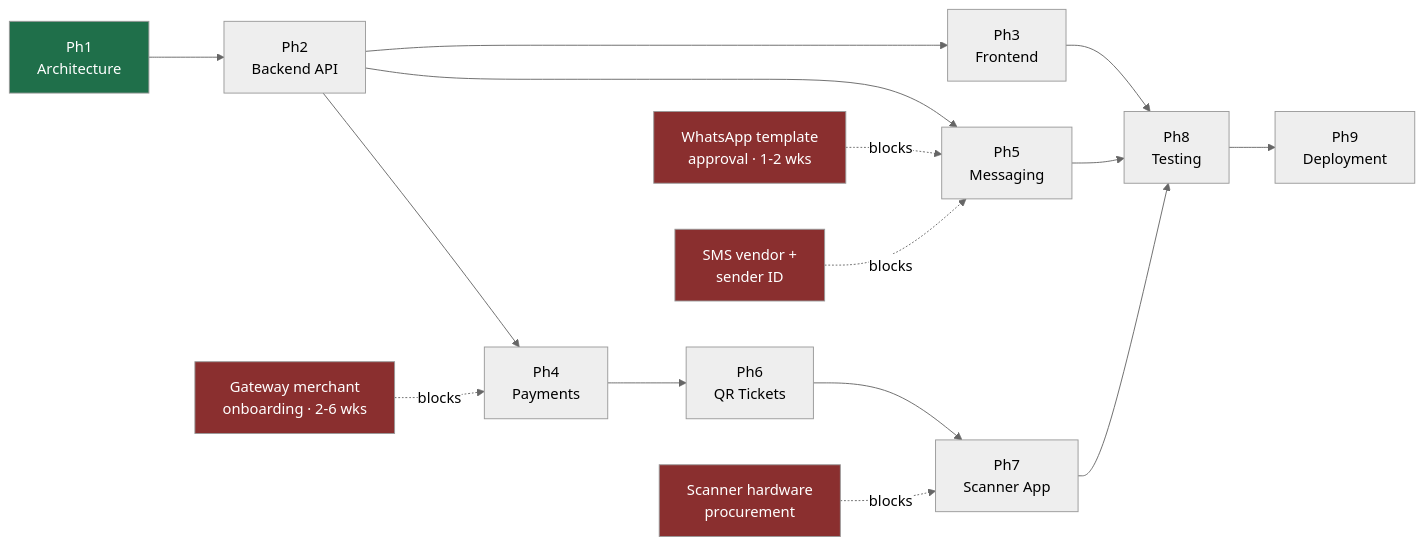
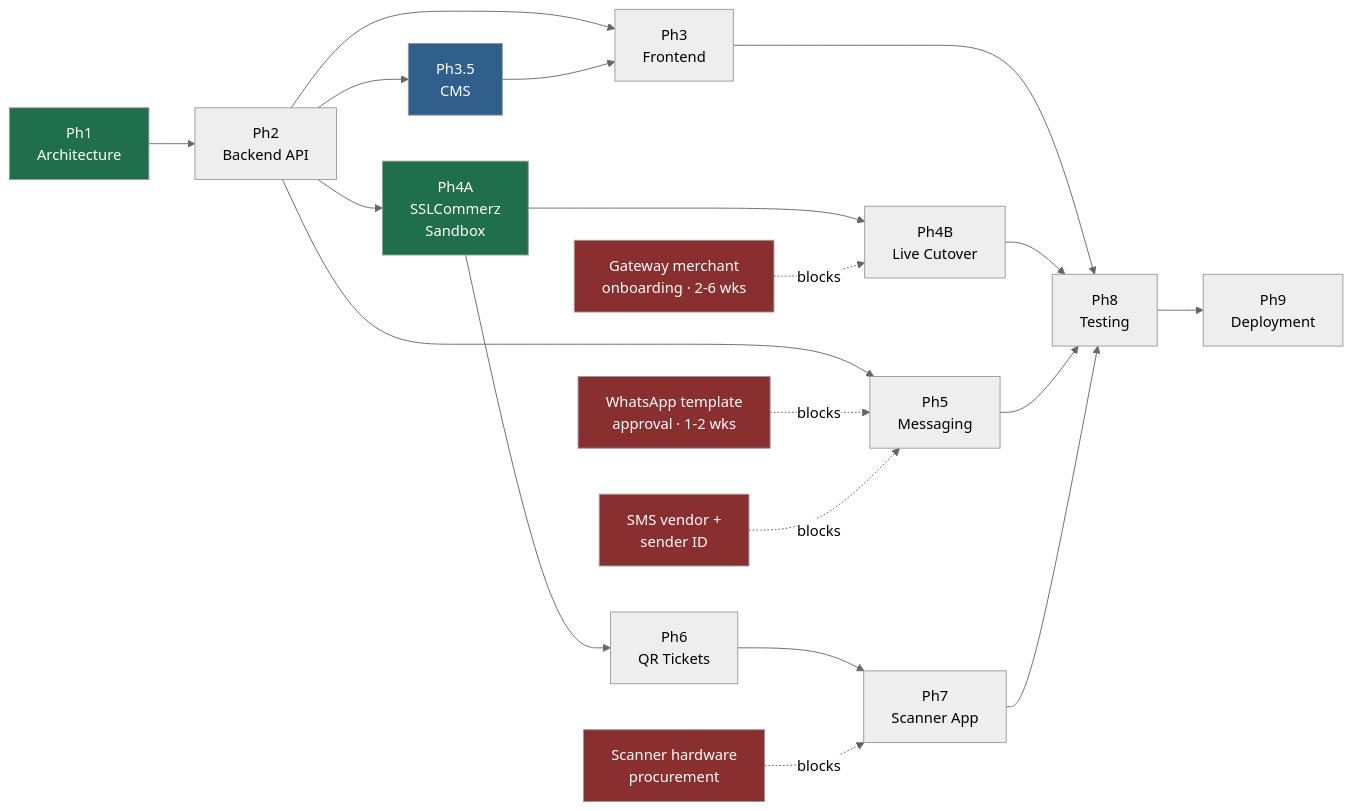
The second of 2 diagrams in docs/08-development-roadmap.md (mominuldev/decent-event-management), drawn with Mermaid (neutral theme) before and after one commit. The commit also changed other lines of this file and 1 other file, not shown here.

First line of the commit message:
Record Phase 2 review findings and revise roadmap

````diff
--- a/docs/08-development-roadmap.md
+++ b/docs/08-development-roadmap.md
@@ -477,24 +611,30 @@
 ```mermaid
 graph LR
     P1["Ph1<br/>Architecture"] --> P2["Ph2<br/>Backend API"]
     P2 --> P3["Ph3<br/>Frontend"]
-    P2 --> P4["Ph4<br/>Payments"]
+    P2 --> P35["Ph3.5<br/>CMS"]
+    P2 --> P4A["Ph4A<br/>SSLCommerz<br/>Sandbox"]
     P2 --> P5["Ph5<br/>Messaging"]
-    P4 --> P6["Ph6<br/>QR Tickets"]
+    P4A --> P4B["Ph4B<br/>Live Cutover"]
+    P4A --> P6["Ph6<br/>QR Tickets"]
     P6 --> P7["Ph7<br/>Scanner App"]
     P3 --> P8["Ph8<br/>Testing"]
+    P35 --> P3
+    P4B --> P8
     P5 --> P8
     P7 --> P8
     P8 --> P9["Ph9<br/>Deployment"]
 
-    EX1["Gateway merchant<br/>onboarding · 2-6 wks"] -.blocks.-> P4
+    EX1["Gateway merchant<br/>onboarding · 2-6 wks"] -.blocks.-> P4B
     EX2["WhatsApp template<br/>approval · 1-2 wks"] -.blocks.-> P5
     EX3["SMS vendor +<br/>sender ID"] -.blocks.-> P5
     EX4["Scanner hardware<br/>procurement"] -.blocks.-> P7
 
     style P1 fill:#1f6f4a,color:#fff
+    style P4A fill:#1f6f4a,color:#fff
+    style P35 fill:#2f5f8a,color:#fff
     style EX1 fill:#8a2f2f,color:#fff
     style EX2 fill:#8a2f2f,color:#fff
     style EX3 fill:#8a2f2f,color:#fff
     style EX4 fill:#8a2f2f,color:#fff
 ```
````
